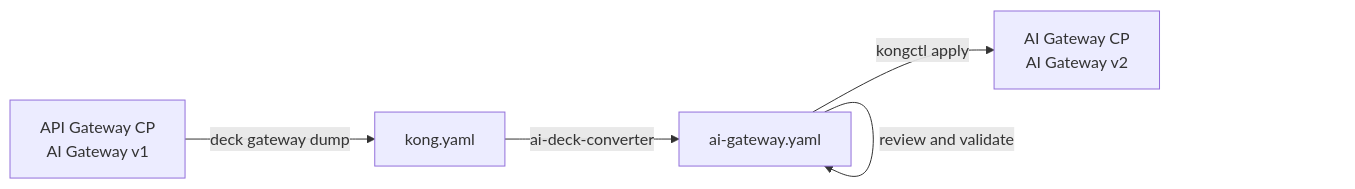
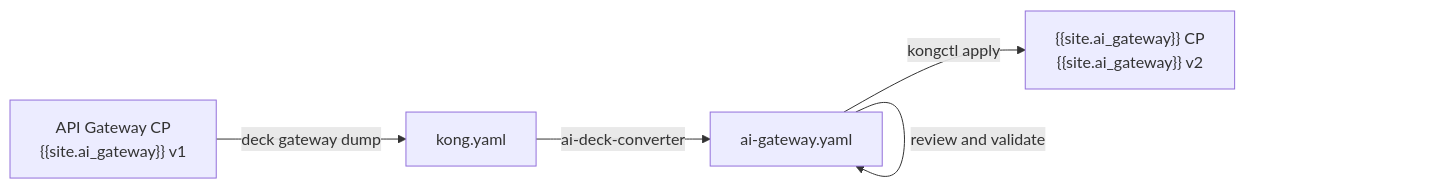
The diagram in app/ai-gateway/v2-migration-guide.md (Kong/developer.konghq.com), drawn with Mermaid before and after one commit. The commit also changed other lines of this file and 1 other file, not shown here.

```diff
--- a/app/ai-gateway/v2-migration-guide.md
+++ b/app/ai-gateway/v2-migration-guide.md
@@ -53,7 +61,7 @@
 {% mermaid %}
 flowchart LR
-    A["API Gateway CP<br/>AI Gateway v1"] -->|deck gateway dump| B["kong.yaml"]
+    A["API Gateway CP<br/>{{site.ai_gateway}} v1"] -->|deck gateway dump| B["kong.yaml"]
     B -->|ai-deck-converter| C["ai-gateway.yaml"]
     C -->|review and validate| C
-    C -->|kongctl apply| D["AI Gateway CP<br/>AI Gateway v2"]
+    C -->|kongctl apply| D["{{site.ai_gateway}} CP<br/>{{site.ai_gateway}} v2"]
 {% endmermaid %}
```
